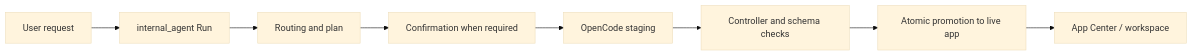
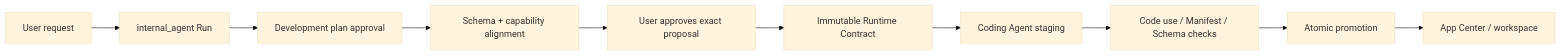
The diagram in docs/en/architecture/apps.md (BillShiyaoZhang/ambient-agent), drawn with Mermaid (base theme) before and after one commit. The commit also changed other lines of this file and 97 other files, not shown here.

````diff
--- a/docs/en/architecture/apps.md
+++ b/docs/en/architecture/apps.md
@@ -72,10 +57,12 @@
 ```mermaid
 flowchart LR
     Request[User request] --> Run[internal_agent Run]
-    Run --> Plan[Routing and plan]
-    Plan --> Confirm[Confirmation when required]
-    Confirm --> Stage[OpenCode staging]
-    Stage --> Verify[Controller and schema checks]
-    Verify --> Promote[Atomic promotion to live app]
+    Run --> Plan[Development plan approval]
+    Plan --> Align[Schema + capability alignment]
+    Align --> Approval[User approves exact proposal]
+    Approval --> Contract[Immutable Runtime Contract]
+    Contract --> Stage[Coding Agent staging]
+    Stage --> Verify[Code use / Manifest / Schema checks]
+    Verify --> Promote[Atomic promotion]
     Promote --> Store[App Center / workspace]
 ```
````
